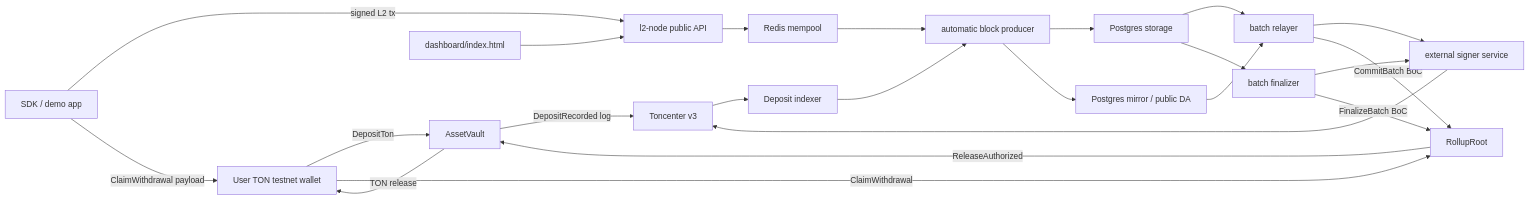
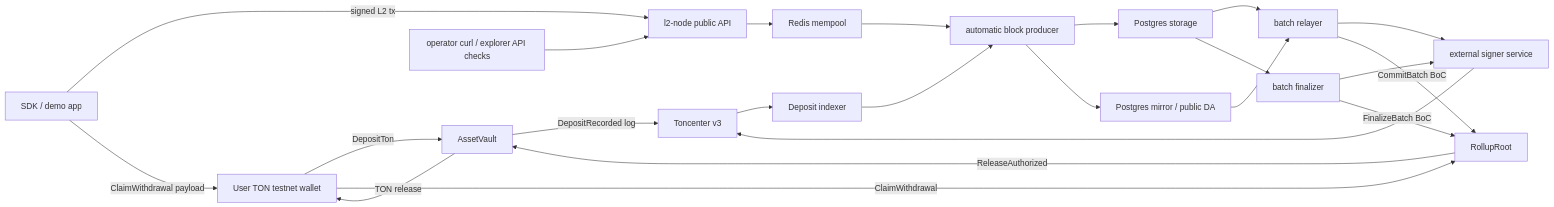
Before and after one commit to SoftwareMaestro16/L2-Layer: the diagram in docs/testnet-launch-runbook.md, drawn with Mermaid. The commit also changed other lines of this file and 8 other files, not shown here.

````diff
--- a/docs/testnet-launch-runbook.md
+++ b/docs/testnet-launch-runbook.md
@@ -20,25 +20,25 @@
 ```mermaid
 flowchart LR
   Wallet["User TON testnet wallet"] -->|"DepositTon"| Vault["AssetVault"]
   Vault -->|"DepositRecorded log"| Toncenter["Toncenter v3"]
   Toncenter --> Indexer["Deposit indexer"]
   SDK["SDK / demo app"] -->|"signed L2 tx"| API["l2-node public API"]
   API --> Redis["Redis mempool"]
   Redis --> Producer["automatic block producer"]
   Indexer --> Producer
   Producer --> Postgres["Postgres storage"]
   Producer --> DA["Postgres mirror / public DA"]
   Postgres --> Relayer["batch relayer"]
   DA --> Relayer
   Relayer --> Signer["external signer service"]
   Signer --> Toncenter
   Relayer -->|"CommitBatch BoC"| Root["RollupRoot"]
   Postgres --> Finalizer["batch finalizer"]
   Finalizer --> Signer
   Finalizer -->|"FinalizeBatch BoC"| Root
   SDK -->|"ClaimWithdrawal payload"| Wallet
   Wallet -->|"ClaimWithdrawal"| Root
   Root -->|"ReleaseAuthorized"| Vault
   Vault -->|"TON release"| Wallet
-  Dashboard["dashboard/index.html"] --> API
+  Operator["operator curl / explorer API checks"] --> API
 ```
````
